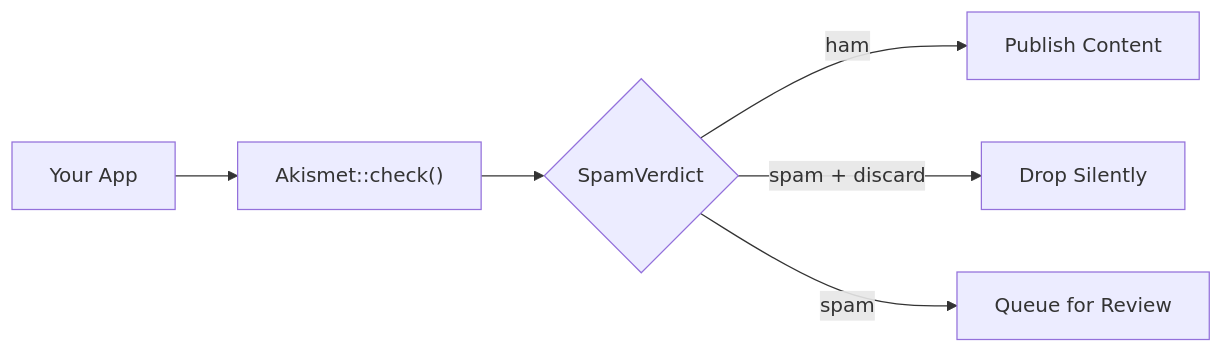
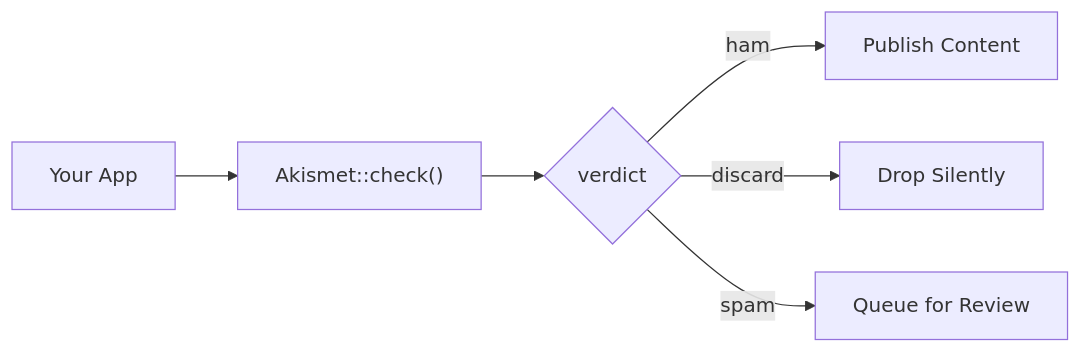
One commit to Automattic/akismet-sdk-php changed the first of 2 diagrams in README.md. Above: the diagram before and after it, drawn with Mermaid. The commit also changed other lines of this file and 1 other file, not shown here.

Commit message:
Fix diagram accuracy from code review feedback

````diff
--- a/README.md
+++ b/README.md
@@ -63,8 +63,8 @@
 ```mermaid
 flowchart LR
     A[Your App] --> B["Akismet::check()"]
-    B --> C{SpamVerdict}
+    B --> C{verdict}
     C -->|ham| D[Publish Content]
-    C -->|spam + discard| E[Drop Silently]
+    C -->|discard| E[Drop Silently]
     C -->|spam| F[Queue for Review]
 ```
````
